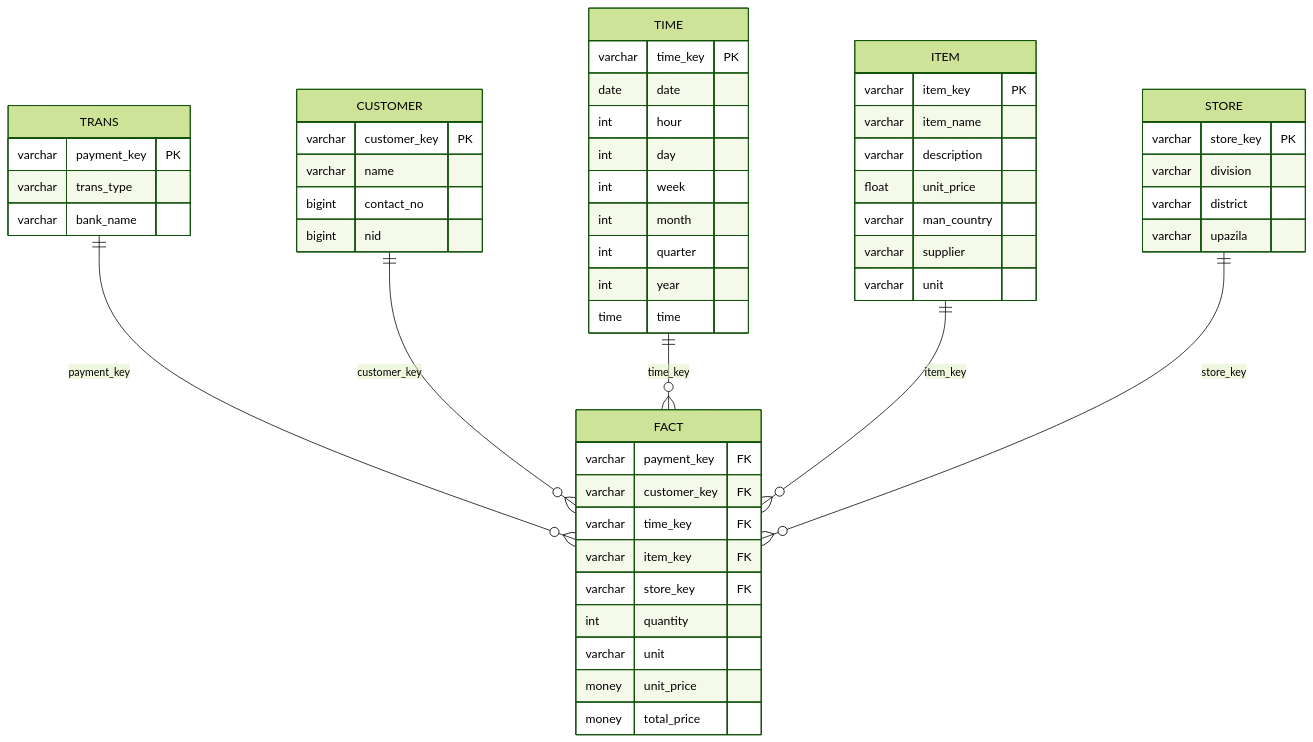
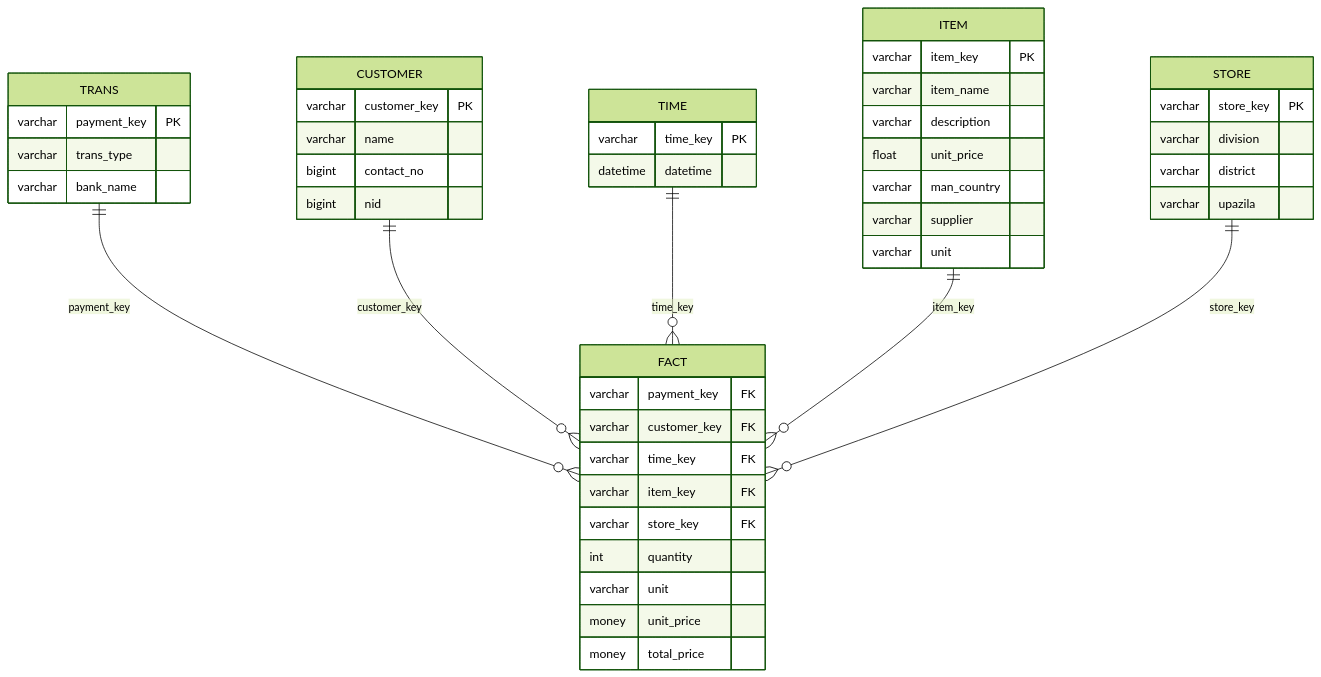
Before and after one commit to ahmedgalaaali/E-commerce-Data-Analysis-Graduation-Project: the diagram in README.md, drawn with Mermaid (forest theme). The commit also changed other lines of this file, not shown here.

````diff
--- a/README.md
+++ b/README.md
@@ -2,62 +2,55 @@
 ```mermaid
 erDiagram
     CUSTOMER {
         varchar customer_key PK
         varchar name
         bigint contact_no
         bigint nid
     }
     
     ITEM {
         varchar item_key PK
         varchar item_name
         varchar description
         float unit_price
         varchar man_country
         varchar supplier
         varchar unit
     }
     
     STORE {
         varchar store_key PK
         varchar division
         varchar district
         varchar upazila
     }
     
     TIME {
         varchar time_key PK
-        date date
-        int hour
-        int day
-        int week
-        int month
-        int quarter
-        int year
-        time time
+        datetime datetime
     }
     
     TRANS {
         varchar payment_key PK
         varchar trans_type
         varchar bank_name
     }
     
     FACT {
         varchar payment_key FK
         varchar customer_key FK
         varchar time_key FK
         varchar item_key FK
         varchar store_key FK
         int quantity
         varchar unit
         money unit_price
         money total_price
     }
     
     TRANS ||--o{ FACT : "payment_key"
     CUSTOMER ||--o{ FACT : "customer_key"
     TIME ||--o{ FACT : "time_key"
     ITEM ||--o{ FACT : "item_key"
     STORE ||--o{ FACT : "store_key"
 ```
````
